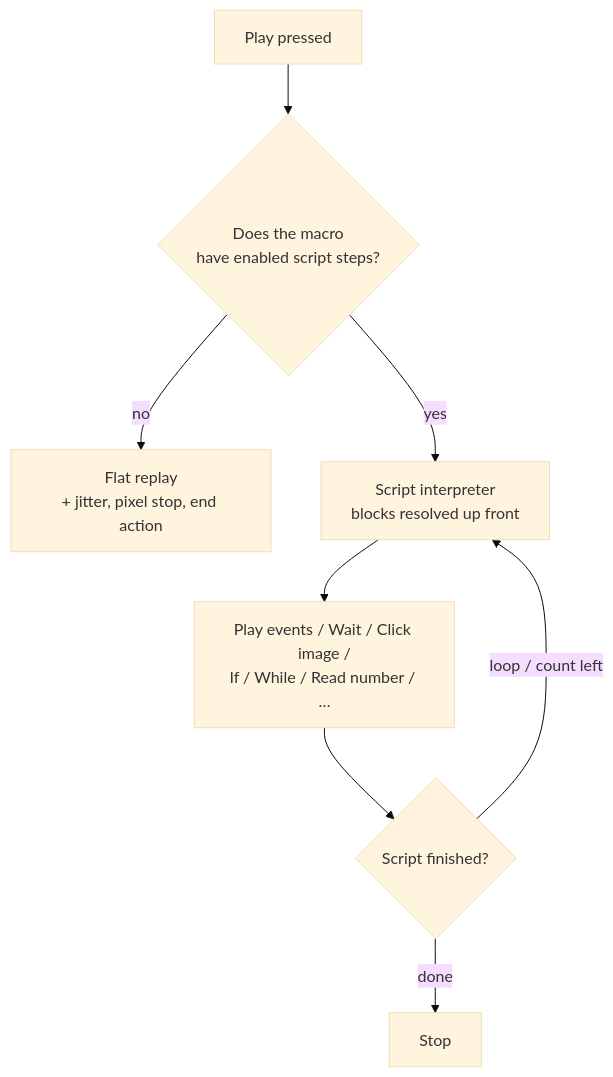
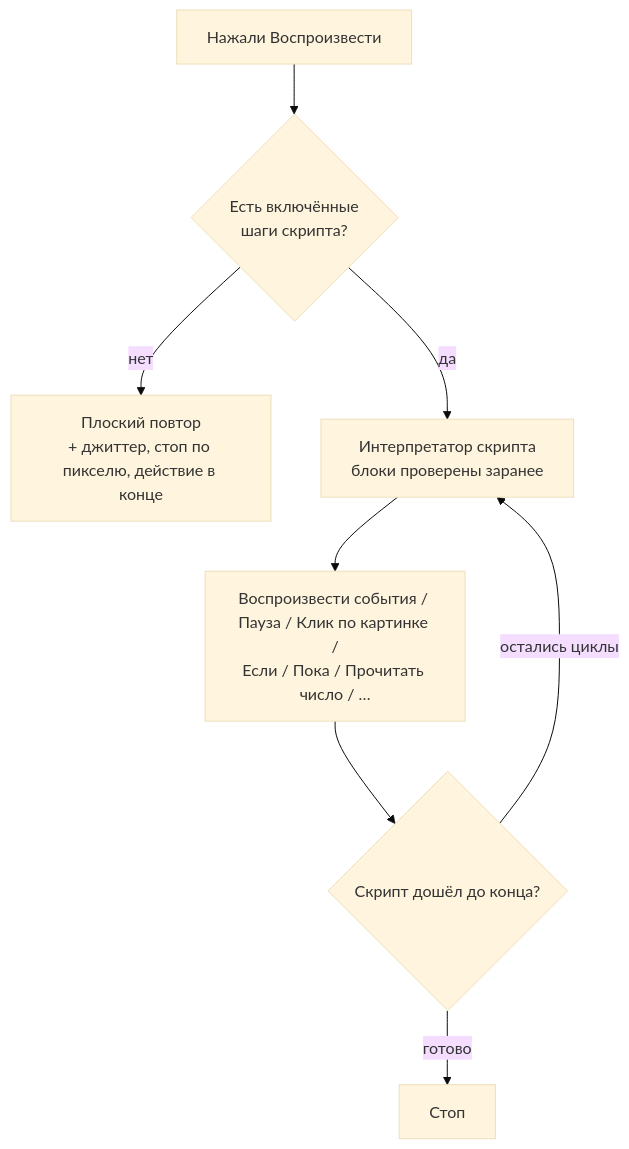
Before and after one commit to blackixxce12/Macro-Recorder: the third of 4 diagrams in README.md, drawn with Mermaid (base theme). The commit also changed other lines of this file, not shown here.

````diff
--- a/README.md
+++ b/README.md
@@ -329,10 +327,10 @@
 ```mermaid
 flowchart TD
-    P["Play pressed"] --> Q{"Does the macro<br/>have enabled script steps?"}
-    Q -->|no| R["Flat replay<br/>+ jitter, pixel stop, end action"]
-    Q -->|yes| S["Script interpreter<br/>blocks resolved up front"]
-    S --> T["Play events / Wait / Click image /<br/>If / While / Read number / …"]
-    T --> U{"Script finished?"}
-    U -->|"loop / count left"| S
-    U -->|done| V["Stop"]
+    P["Нажали Воспроизвести"] --> Q{"Есть включённые<br/>шаги скрипта?"}
+    Q -->|нет| R["Плоский повтор<br/>+ джиттер, стоп по пикселю, действие в конце"]
+    Q -->|да| S["Интерпретатор скрипта<br/>блоки проверены заранее"]
+    S --> T["Воспроизвести события / Пауза / Клик по картинке /<br/>Если / Пока / Прочитать число / …"]
+    T --> U{"Скрипт дошёл до конца?"}
+    U -->|"остались циклы"| S
+    U -->|готово| V["Стоп"]
 ```
````
